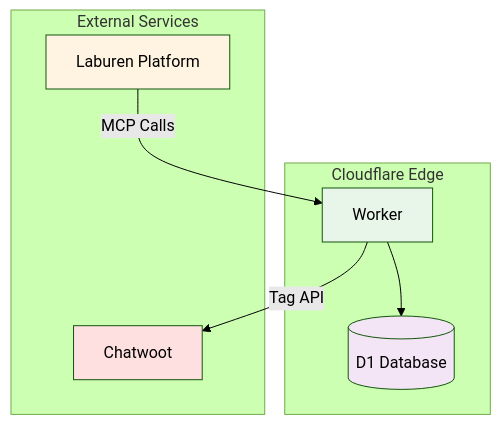
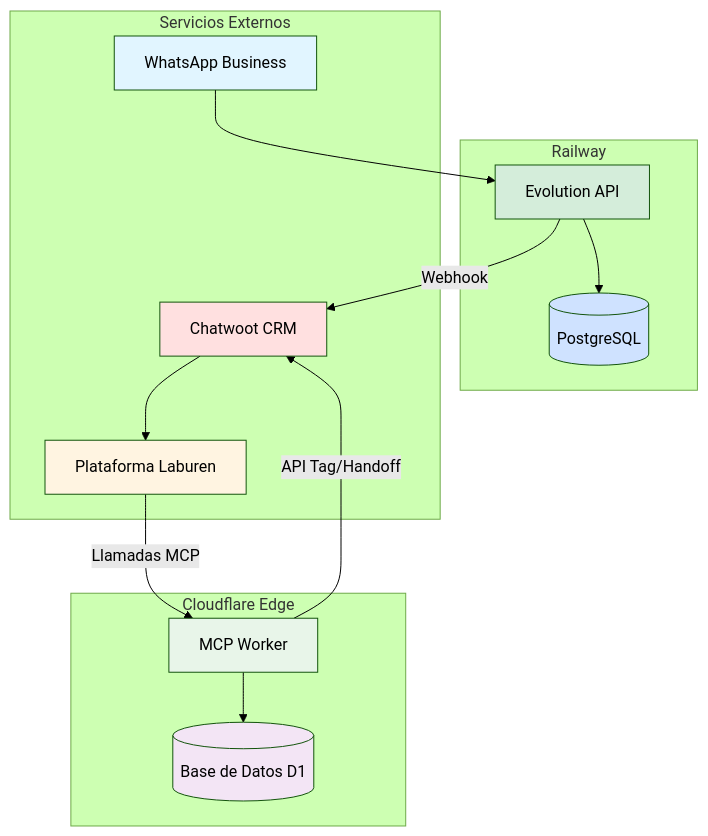
One commit to ezzz37/laburen-ai-agent-challenge changed the sixth of 6 diagrams in docs/ARCHITECTURE.md. Above: the diagram before and after it, drawn with Mermaid (forest theme). The commit also changed other lines of this file and 5 other files, not shown here.

````diff
--- a/docs/ARCHITECTURE.md
+++ b/docs/ARCHITECTURE.md
@@ -148,21 +176,34 @@
 ```mermaid
 graph TB
+    subgraph "Railway"
+        EVO[Evolution API]
+        EVODB[(PostgreSQL)]
+        EVO --> EVODB
+    end
+    
     subgraph "Cloudflare Edge"
-        W[Worker]
-        D1[(D1 Database)]
+        W[MCP Worker]
+        D1[(Base de Datos D1)]
         W --> D1
     end
     
-    subgraph "External Services"
-        L[Laburen Platform]
-        CW[Chatwoot]
+    subgraph "Servicios Externos"
+        WA[WhatsApp Business]
+        L[Plataforma Laburen]
+        CW[Chatwoot CRM]
     end
     
-    L -->|MCP Calls| W
-    W -->|Tag API| CW
+    WA --> EVO
+    EVO -->|Webhook| CW
+    CW --> L
+    L -->|Llamadas MCP| W
+    W -->|API Tag/Handoff| CW
     
+    style EVO fill:#d4edda
+    style EVODB fill:#cfe2ff
     style W fill:#e8f5e9
     style D1 fill:#f3e5f5
     style L fill:#fff4e1
     style CW fill:#ffe0e0
+    style WA fill:#e1f5ff
 ```
````
